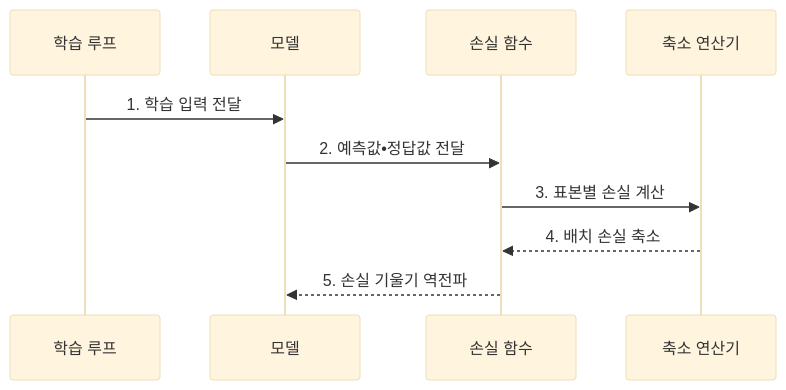
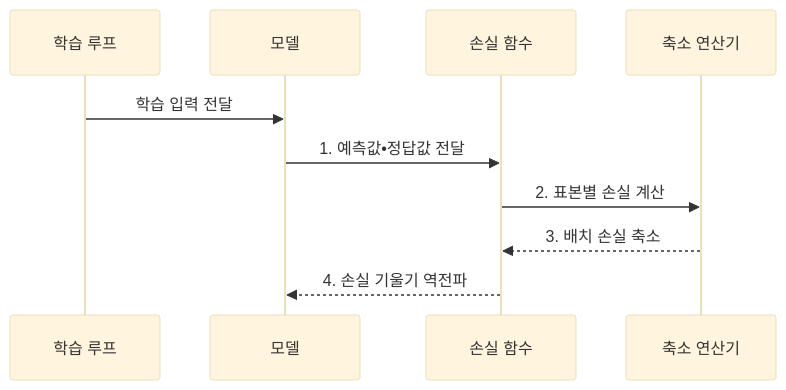
Before and after one commit to agnusdei1207/knowledge-base: the second of 2 diagrams in src/content/docs/notes/01-basic-theory/042_loss_functions.md, drawn with Mermaid (base theme). The commit also changed other lines of this file and 14 other files, not shown here.

````diff
--- a/src/content/docs/notes/01-basic-theory/042_loss_functions.md
+++ b/src/content/docs/notes/01-basic-theory/042_loss_functions.md
@@ -88,12 +89,12 @@
 ```mermaid
 sequenceDiagram
     participant T as 학습 루프
     participant M as 모델
     participant L as 손실 함수
     participant R as 축소 연산기
-    T->>M: 1. 학습 입력 전달
-    M->>L: 2. 예측값•정답값 전달
-    L->>R: 3. 표본별 손실 계산
-    R-->>L: 4. 배치 손실 축소
-    L-->>M: 5. 손실 기울기 역전파
+    T->>M: 학습 입력 전달
+    M->>L: 1. 예측값•정답값 전달
+    L->>R: 2. 표본별 손실 계산
+    R-->>L: 3. 배치 손실 축소
+    L-->>M: 4. 손실 기울기 역전파
 ```
````
